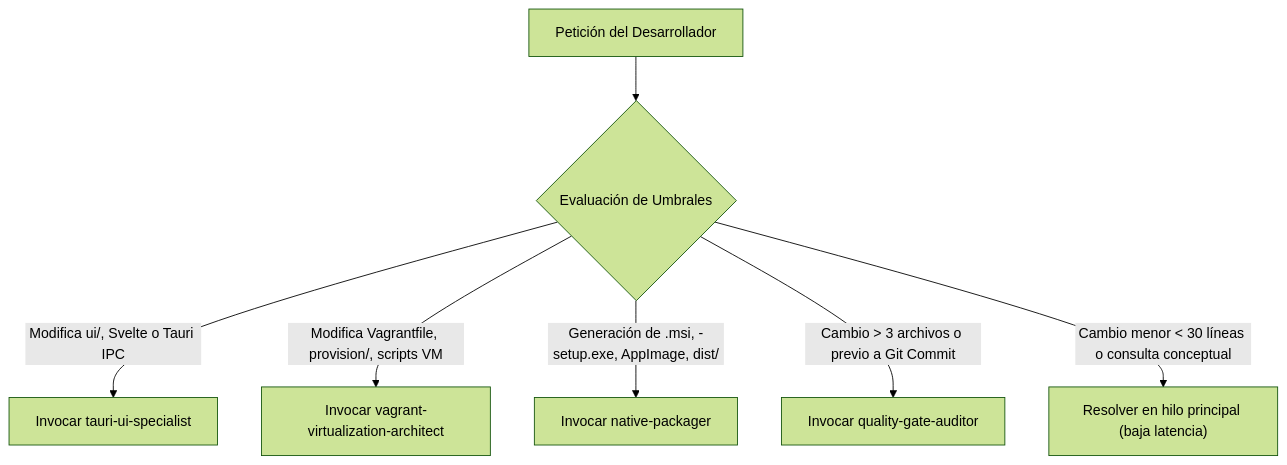
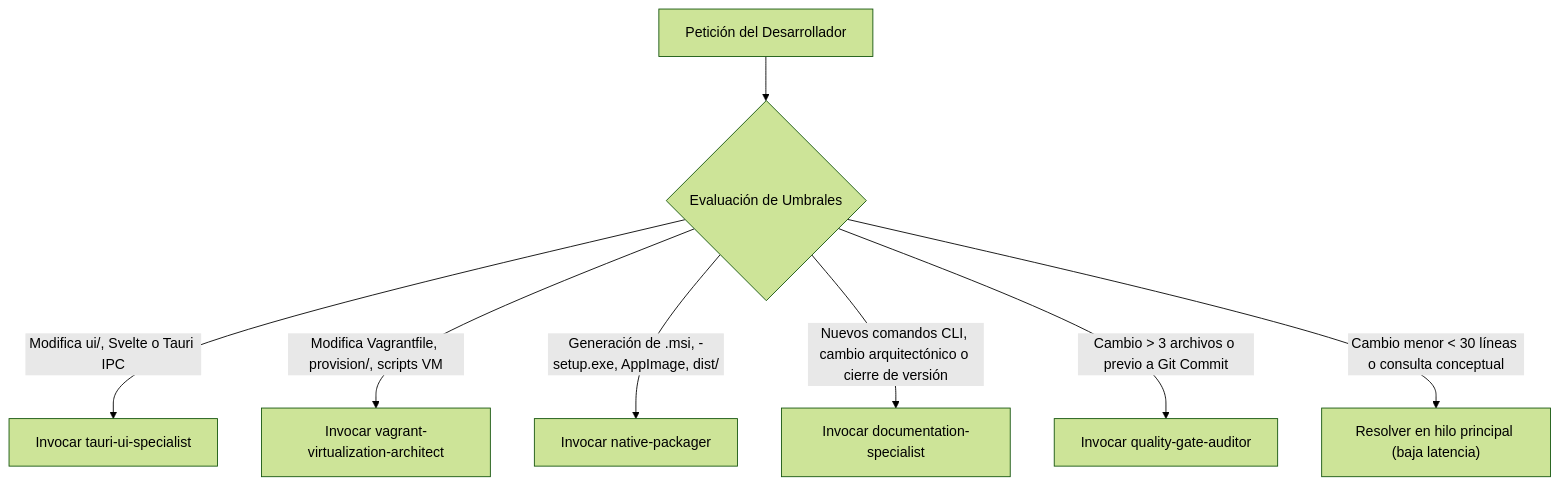
One commit to olorinj/dev-forge changed the second of 3 diagrams in docs/subagents.md. Above: the diagram before and after it, drawn with Mermaid (forest theme). The commit also changed other lines of this file and 1 other file, not shown here.

Commit message:
feat(agents): formalize universal documentation-specialist role and subagent flow

````diff
--- a/docs/subagents.md
+++ b/docs/subagents.md
@@ -95,10 +108,11 @@
 ```mermaid
 flowchart TD
     Task["Petición del Desarrollador"] --> Check{"Evaluación de Umbrales"}
     
     Check -->|Modifica ui/, Svelte o Tauri IPC| T1["Invocar tauri-ui-specialist"]
     Check -->|Modifica Vagrantfile, provision/, scripts VM| T2["Invocar vagrant-virtualization-architect"]
     Check -->|Generación de .msi, -setup.exe, AppImage, dist/| T3["Invocar native-packager"]
-    Check -->|Cambio > 3 archivos o previo a Git Commit| T4["Invocar quality-gate-auditor"]
+    Check -->|Nuevos comandos CLI, cambio arquitectónico o cierre de versión| T4["Invocar documentation-specialist"]
+    Check -->|Cambio > 3 archivos o previo a Git Commit| T5["Invocar quality-gate-auditor"]
     Check -->|Cambio menor < 30 líneas o consulta conceptual| Direct["Resolver en hilo principal (baja latencia)"]
 ```
````
